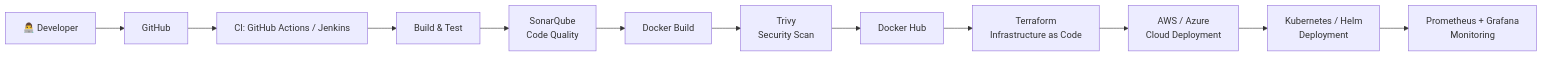
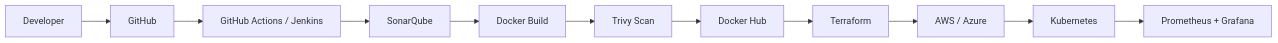
Before and after one commit to nitin-panwar-6963/nitin-panwar-6963: the diagram in README.md, drawn with Mermaid. The commit also changed other lines of this file, not shown here.

````diff
--- a/README.md
+++ b/README.md
@@ -237,14 +48,13 @@
 ```mermaid
 flowchart LR
-    A[👨‍💻 Developer] --> B[GitHub]
-    B --> C[CI: GitHub Actions / Jenkins]
-    C --> D[Build & Test]
-    D --> E[SonarQube<br/>Code Quality]
-    E --> F[Docker Build]
-    F --> G[Trivy<br/>Security Scan]
-    G --> H[Docker Hub]
-    H --> I[Terraform<br/>Infrastructure as Code]
-    I --> J[AWS / Azure<br/>Cloud Deployment]
-    J --> K[Kubernetes / Helm<br/>Deployment]
-    K --> L[Prometheus + Grafana<br/>Monitoring]
+    A[Developer] --> B[GitHub]
+    B --> C[GitHub Actions / Jenkins]
+    C --> D[SonarQube]
+    D --> E[Docker Build]
+    E --> F[Trivy Scan]
+    F --> G[Docker Hub]
+    G --> H[Terraform]
+    H --> I[AWS / Azure]
+    I --> J[Kubernetes]
+    J --> K[Prometheus + Grafana]
 ```
````
